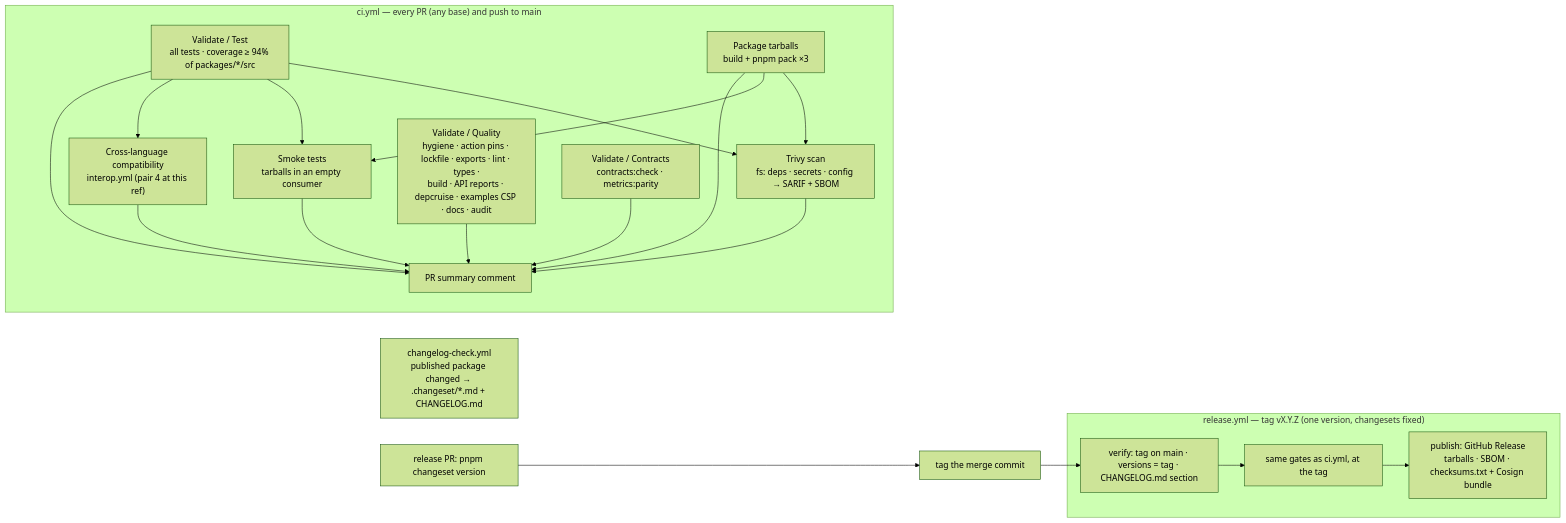
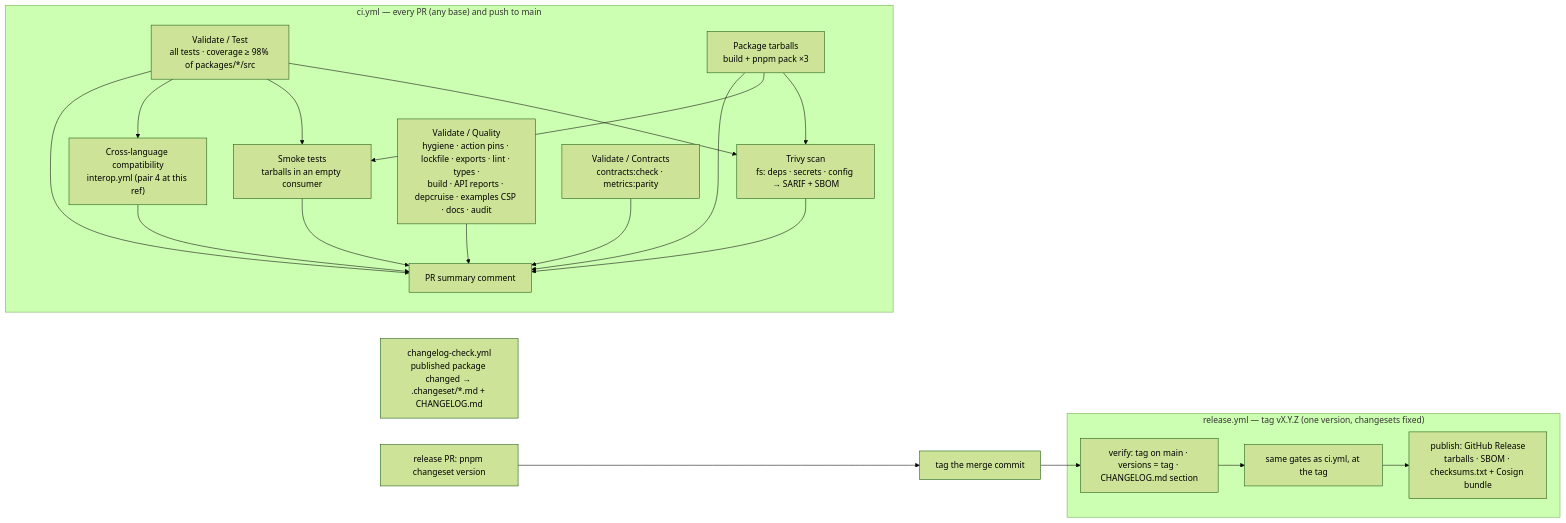
Before and after one commit to BCBP-SOLUTIONS-FZC-LLC/platform-reactcommon: the diagram in docs/architecture/mermaid/ci-pipeline.mmd, drawn with Mermaid (forest theme). The commit also changed 79 other files, not shown here.

First line of the commit message:
test+fix: coverage 94.8% → 99.4% and the production-readiness review fixes (#23)

```diff
--- a/docs/architecture/mermaid/ci-pipeline.mmd
+++ b/docs/architecture/mermaid/ci-pipeline.mmd
@@ -1,27 +1,27 @@
 graph LR
     subgraph ci["ci.yml  —  every PR (any base) and push to main"]
-        vt["Validate / Test<br/>all tests · coverage ≥ 94% of packages/*/src"]
+        vt["Validate / Test<br/>all tests · coverage ≥ 98% of packages/*/src"]
         vq["Validate / Quality<br/>hygiene · action pins · lockfile · exports · lint · types ·<br/>build · API reports · depcruise · examples CSP · docs · audit"]
         vc["Validate / Contracts<br/>contracts:check · metrics:parity"]
         pk["Package tarballs<br/>build + pnpm pack ×3"]
         tv["Trivy scan<br/>fs: deps · secrets · config → SARIF + SBOM"]
         sm["Smoke tests<br/>tarballs in an empty consumer"]
         io["Cross-language compatibility<br/>interop.yml (pair 4 at this ref)"]
         ps["PR summary comment"]
         vt --> tv
         pk --> tv
         vt --> sm
         pk --> sm
         vt --> io
         vt & vq & vc & pk & tv & sm & io --> ps
     end
 
     subgraph rel["release.yml  —  tag vX.Y.Z (one version, changesets fixed)"]
         vf["verify: tag on main · versions = tag · CHANGELOG.md section"]
         gates["same gates as ci.yml, at the tag"]
         pub["publish: GitHub Release<br/>tarballs · SBOM · checksums.txt + Cosign bundle"]
         vf --> gates --> pub
     end
 
     cs["changelog-check.yml<br/>published package changed → .changeset/*.md + CHANGELOG.md"]
     rpr["release PR: pnpm changeset version"] --> tag["tag the merge commit"] --> vf
```
